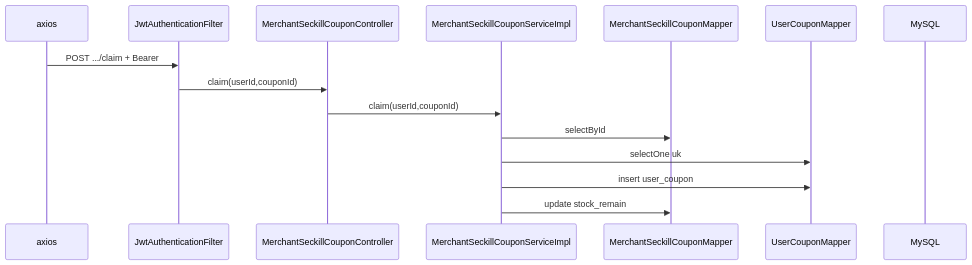
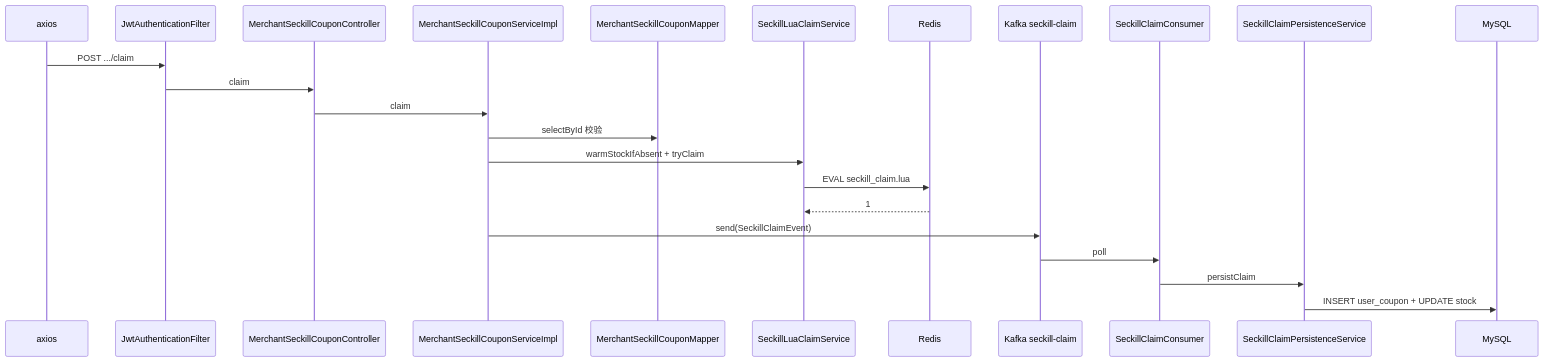
Before and after one commit to leslie1992-dqp/VibeCode-JiKekaiFan: the diagram in wiki/features/flows/08-seckill-claim.md, drawn with Mermaid. The commit also changed other lines of this file and 22 other files, not shown here.

First line of the commit message:
feat(seckill): Kafka 异步落库 + Redis Lua 抢券；配置与 Wiki 同步

````diff
--- a/wiki/features/flows/08-seckill-claim.md
+++ b/wiki/features/flows/08-seckill-claim.md
@@ -37,18 +70,26 @@
 ```mermaid
 sequenceDiagram
   participant X as axios
   participant F as JwtAuthenticationFilter
   participant C as MerchantSeckillCouponController
   participant S as MerchantSeckillCouponServiceImpl
   participant SCM as MerchantSeckillCouponMapper
-  participant UCM as UserCouponMapper
+  participant L as SeckillLuaClaimService
+  participant R as Redis
+  participant K as Kafka seckill-claim
+  participant Cons as SeckillClaimConsumer
+  participant P as SeckillClaimPersistenceService
   participant DB as MySQL
 
-  X->>F: POST .../claim + Bearer
-  F->>C: claim(userId,couponId)
-  C->>S: claim(userId,couponId)
-  S->>SCM: selectById
-  S->>UCM: selectOne uk
-  S->>UCM: insert user_coupon
-  S->>SCM: update stock_remain
+  X->>F: POST .../claim
+  F->>C: claim
+  C->>S: claim
+  S->>SCM: selectById 校验
+  S->>L: warmStockIfAbsent + tryClaim
+  L->>R: EVAL seckill_claim.lua
+  R-->>L: 1
+  S->>K: send(SeckillClaimEvent)
+  K->>Cons: poll
+  Cons->>P: persistClaim
+  P->>DB: INSERT user_coupon + UPDATE stock
 ```
````
